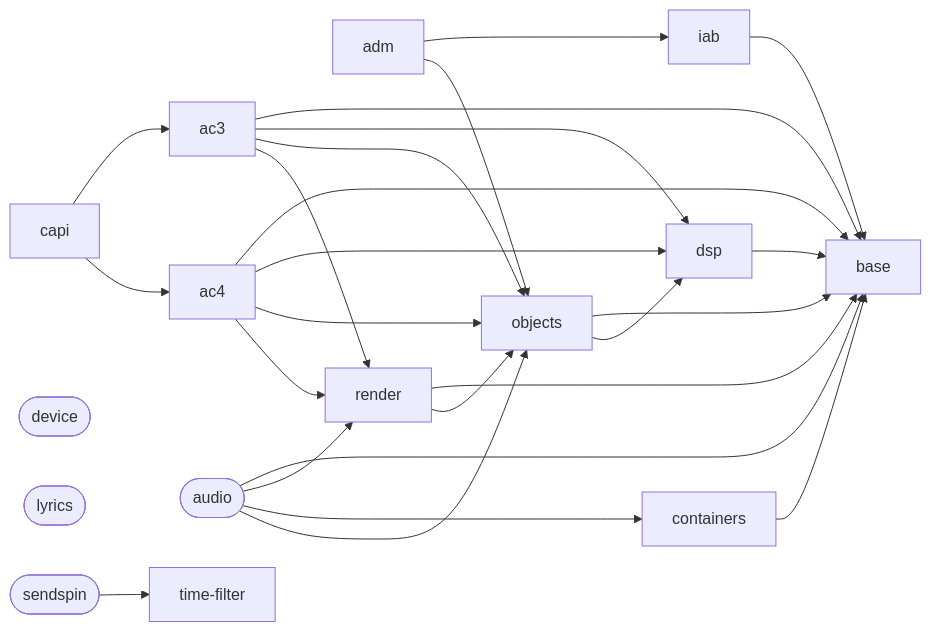
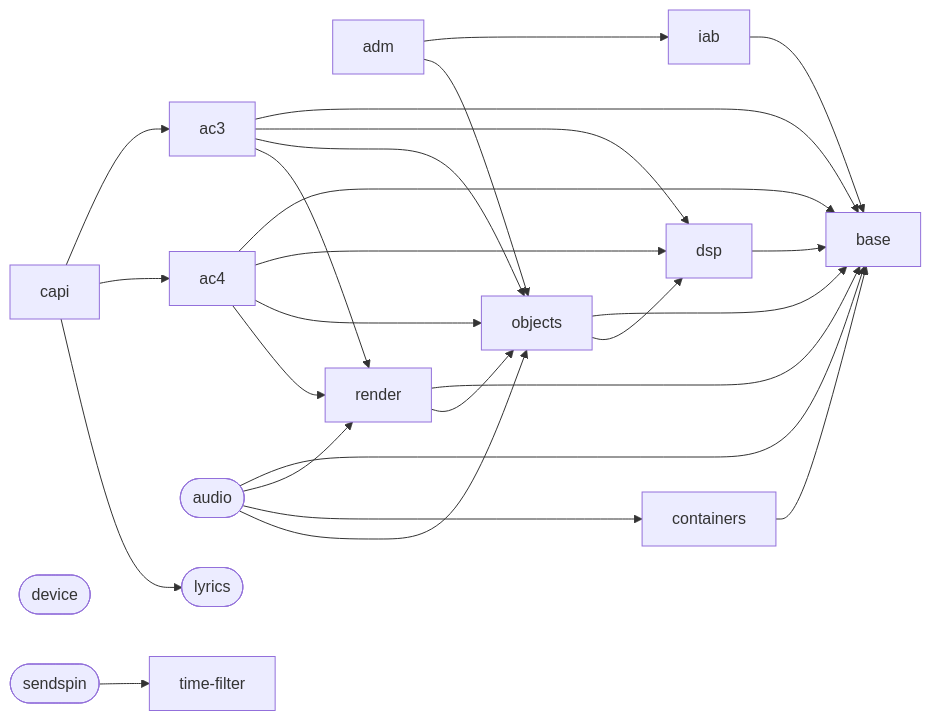
One commit to iainchesworthlabs/iclforge changed the diagram in docs/projects.md. Above: the diagram before and after it, drawn with Mermaid. The commit also changed other lines of this file and 2 other files, not shown here.

Commit message:
projects: regenerate the pages for capi using lyrics

````diff
--- a/docs/projects.md
+++ b/docs/projects.md
@@ -100,42 +100,43 @@
 ```mermaid
 flowchart LR
     ac3["ac3"]
     ac4["ac4"]
     adm["adm"]
     audio(["audio"])
     base["base"]
     capi["capi"]
     containers["containers"]
     device(["device"])
     dsp["dsp"]
     iab["iab"]
     lyrics(["lyrics"])
     objects["objects"]
     render["render"]
     sendspin(["sendspin"])
     time_filter["time-filter"]
     ac3 --> base
     ac3 --> dsp
     ac3 --> objects
     ac3 --> render
     ac4 --> base
     ac4 --> dsp
     ac4 --> objects
     ac4 --> render
     adm --> iab
     adm --> objects
     audio --> base
     audio --> render
     audio --> containers
     audio --> objects
     capi --> ac3
     capi --> ac4
+    capi --> lyrics
     containers --> base
     dsp --> base
     iab --> base
     objects --> base
     objects --> dsp
     render --> base
     render --> objects
     sendspin --> time_filter
 ```
````
